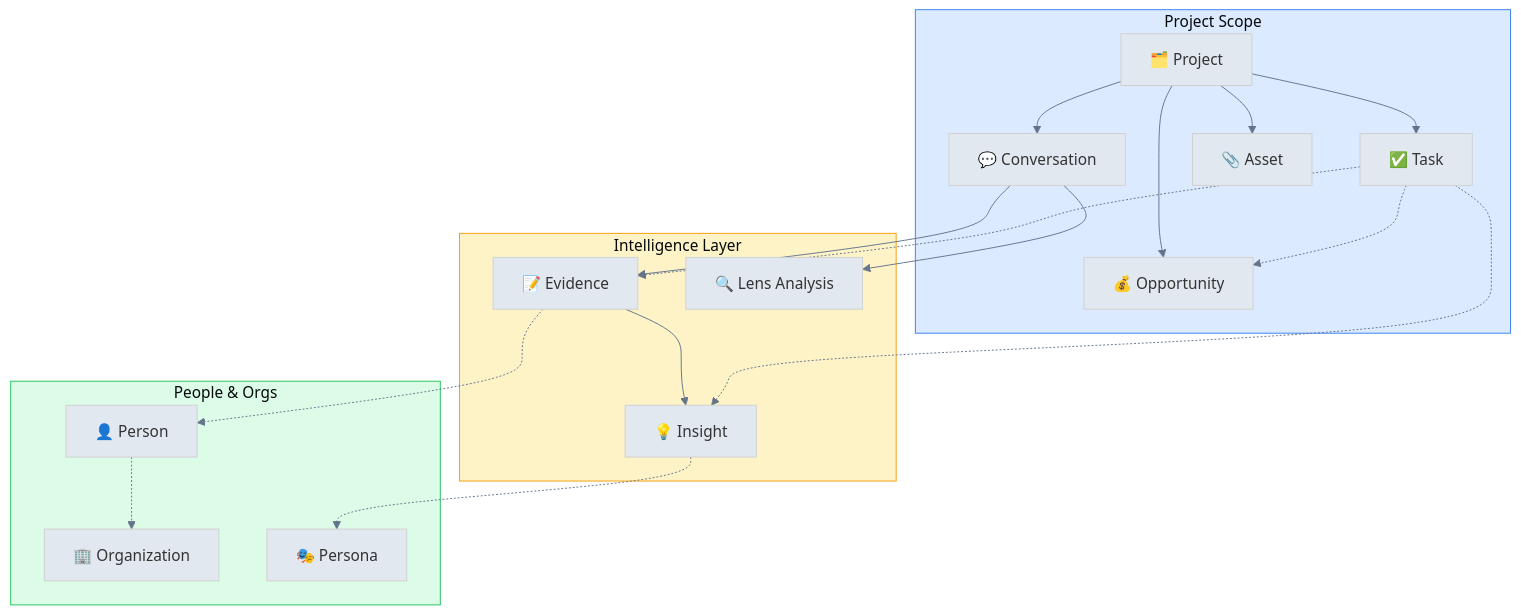
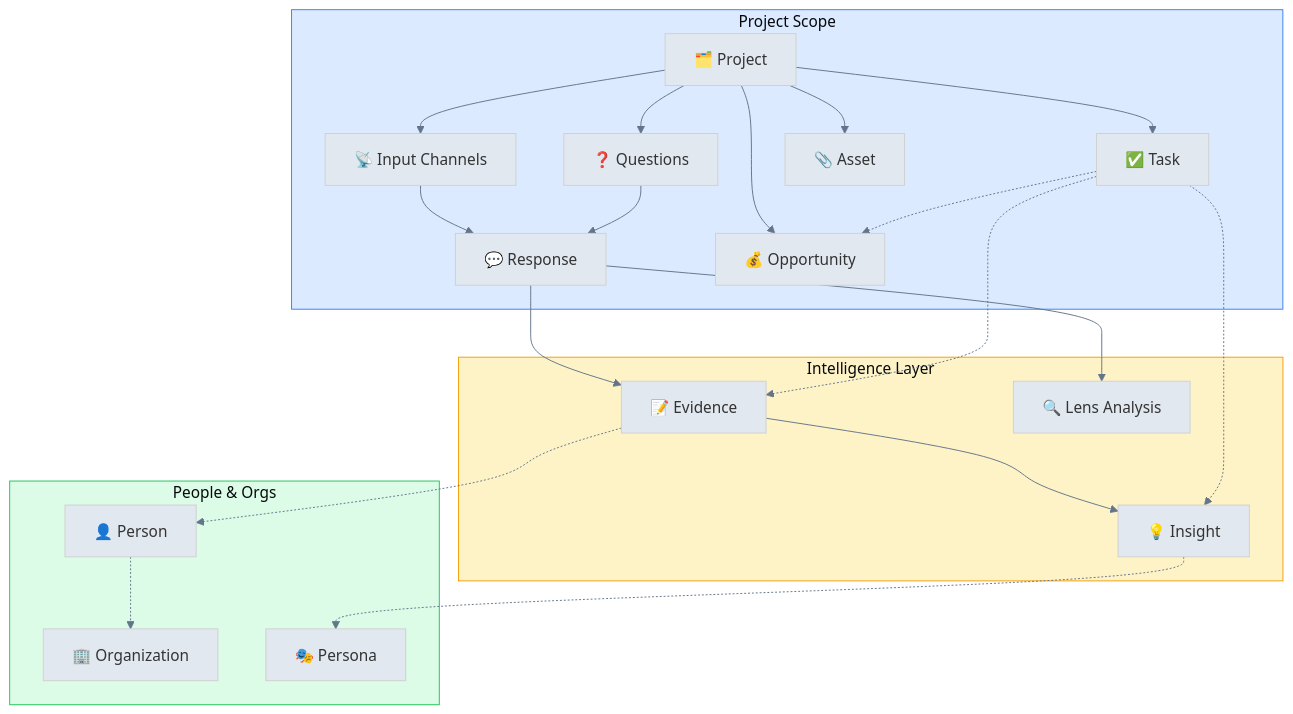
Before and after one commit to epic-hq/Insights: the second of 4 diagrams in docs/customer-centric-crm-value-prop.md, drawn with Mermaid. The commit also changed other lines of this file and 11 other files, not shown here.

First line of the commit message:
Recover stashed changes: slug generation, route cleanup, schema updates

````diff
--- a/docs/customer-centric-crm-value-prop.md
+++ b/docs/customer-centric-crm-value-prop.md
@@ -468,44 +573,49 @@
 ```mermaid
 %%{init: {'theme': 'base', 'themeVariables': { 'lineColor': '#64748b', 'primaryColor': '#e2e8f0' }}}%%
 flowchart TB
   subgraph project_scope["Project Scope"]
     PROJECT[🗂️ Project]
-    CONVERSATION[💬 Conversation]
+    QUESTIONS[❓ Questions]
+    CHANNELS[📡 Input Channels]
+    RESPONSE[💬 Response]
     OPPORTUNITY[💰 Opportunity]
     TASK[✅ Task]
     ASSET[📎 Asset]
   end
 
   subgraph intelligence["Intelligence Layer"]
     EVIDENCE[📝 Evidence]
     INSIGHT[💡 Insight]
     LENS[🔍 Lens Analysis]
   end
 
   subgraph crm["People & Orgs"]
     PERSON[👤 Person]
     ORGANIZATION[🏢 Organization]
     PERSONA[🎭 Persona]
   end
 
-  PROJECT --> CONVERSATION
+  PROJECT --> QUESTIONS
+  PROJECT --> CHANNELS
   PROJECT --> OPPORTUNITY
   PROJECT --> TASK
   PROJECT --> ASSET
 
-  CONVERSATION --> EVIDENCE
-  CONVERSATION --> LENS
+  CHANNELS --> RESPONSE
+  QUESTIONS --> RESPONSE
+  RESPONSE --> EVIDENCE
+  RESPONSE --> LENS
   EVIDENCE --> INSIGHT
   EVIDENCE -.-> PERSON
 
   PERSON -.-> ORGANIZATION
   INSIGHT -.-> PERSONA
 
   TASK -.-> INSIGHT
   TASK -.-> OPPORTUNITY
   TASK -.-> EVIDENCE
 
   style project_scope fill:#dbeafe,stroke:#3b82f6
   style intelligence fill:#fef3c7,stroke:#f59e0b
   style crm fill:#dcfce7,stroke:#22c55e
 ```
````
